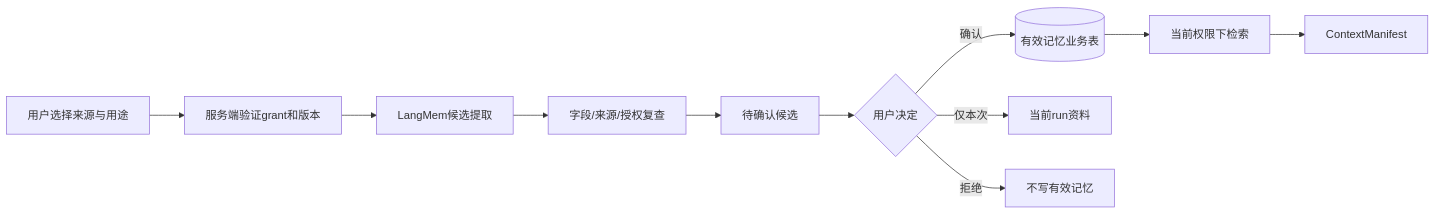
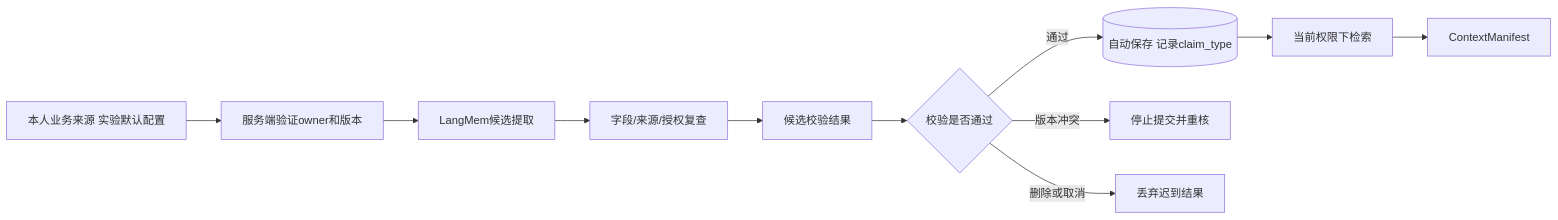
The first of 2 diagrams in PsyEvoAgent项目计划/阶段2/02-技术方案与实施计划.md (zhyupeee/PsyEvoAgent), drawn with Mermaid before and after one commit. The commit also changed other lines of this file and 197 other files, not shown here.

````diff
--- a/PsyEvoAgent项目计划/阶段2/02-技术方案与实施计划.md
+++ b/PsyEvoAgent项目计划/阶段2/02-技术方案与实施计划.md
@@ -13,13 +15,13 @@
 ```mermaid
 flowchart LR
- U[用户选择来源与用途] --> G[服务端验证grant和版本]
+ U[本人业务来源 实验默认配置] --> G[服务端验证owner和版本]
  G --> E[LangMem候选提取]
  E --> V[字段/来源/授权复查]
- V --> P[待确认候选]
- P --> C{用户决定}
- C -->|确认| D[(有效记忆业务表)]
- C -->|仅本次| R[当前run资料]
- C -->|拒绝| N[不写有效记忆]
+ V --> P[候选校验结果]
+ P --> C{校验是否通过}
+ C -->|通过| D[(自动保存 记录claim_type)]
+ C -->|版本冲突| R[停止提交并重核]
+ C -->|删除或取消| N[丢弃迟到结果]
  D --> Q[当前权限下检索]
  Q --> M[ContextManifest]
 ```
````
